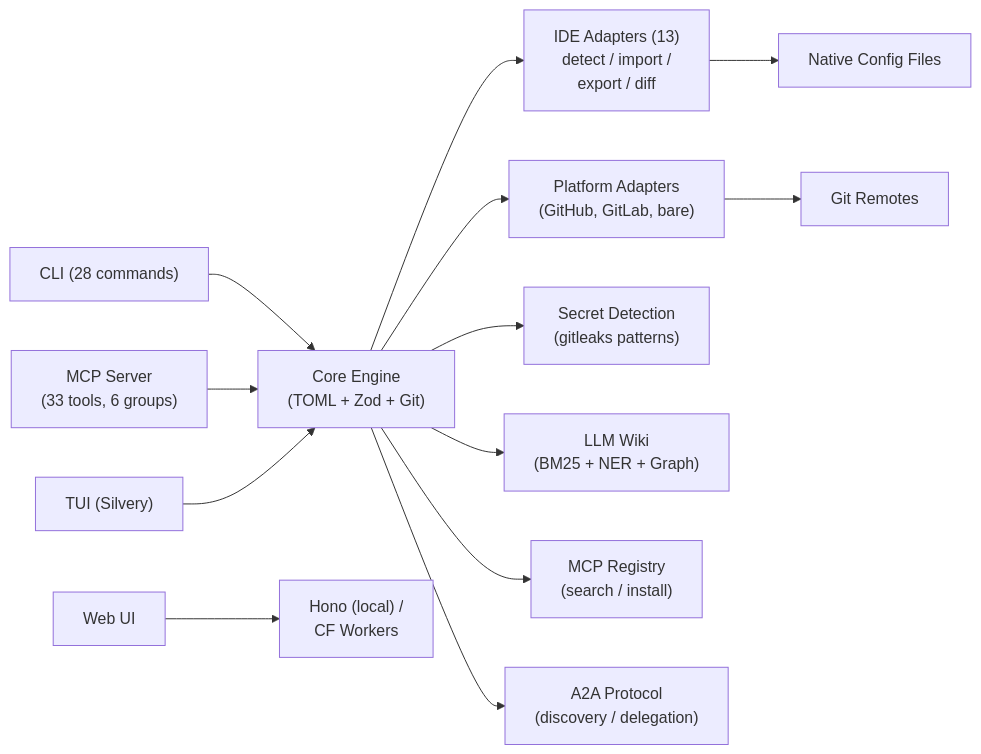
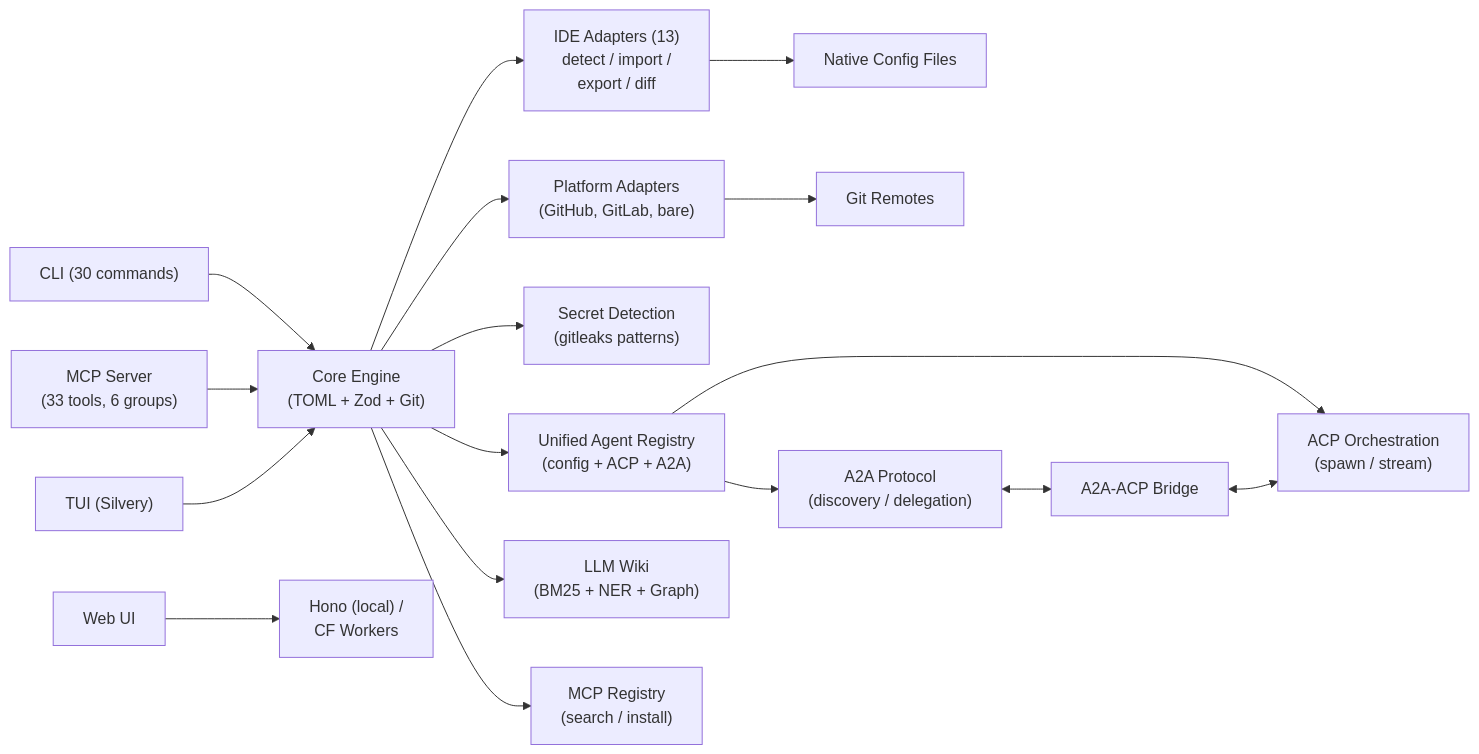
The diagram in README.md (Codeseys-Labs/agent-manager), drawn with Mermaid before and after one commit. The commit also changed other lines of this file and 53 other files, not shown here.

````diff
--- a/README.md
+++ b/README.md
@@ -573,18 +596,22 @@
 ```mermaid
 graph LR
-    CLI["CLI (28 commands)"] --> Core["Core Engine<br/>(TOML + Zod + Git)"]
+    CLI["CLI (30 commands)"] --> Core["Core Engine<br/>(TOML + Zod + Git)"]
     MCP["MCP Server<br/>(33 tools, 6 groups)"] --> Core
     TUI["TUI (Silvery)"] --> Core
     Web["Web UI"] --> Hono["Hono (local) /<br/>CF Workers"]
 
     Core --> Adapters["IDE Adapters (13)<br/>detect / import /<br/>export / diff"]
     Core --> Platform["Platform Adapters<br/>(GitHub, GitLab, bare)"]
     Core --> Secrets["Secret Detection<br/>(gitleaks patterns)"]
+    Core --> AgentReg["Unified Agent Registry<br/>(config + ACP + A2A)"]
 
     Adapters --> Native["Native Config Files"]
     Platform --> Remote["Git Remotes"]
 
     Core --> Wiki["LLM Wiki<br/>(BM25 + NER + Graph)"]
     Core --> Registry["MCP Registry<br/>(search / install)"]
-    Core --> A2A["A2A Protocol<br/>(discovery / delegation)"]
+
+    AgentReg --> A2A["A2A Protocol<br/>(discovery / delegation)"]
+    AgentReg --> ACP["ACP Orchestration<br/>(spawn / stream)"]
+    A2A <--> Bridge["A2A-ACP Bridge"] <--> ACP
 ```
````
